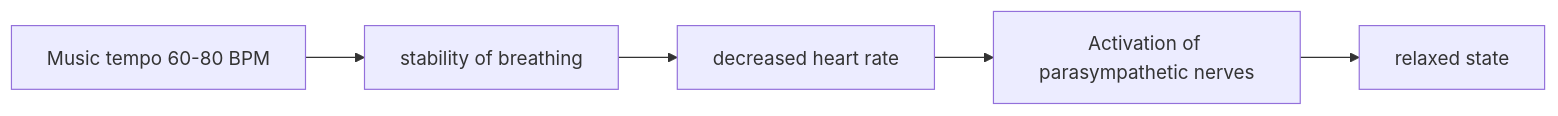
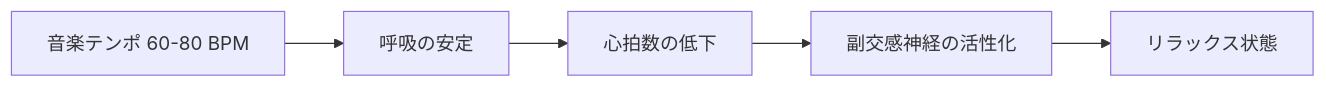
The fourth of 6 diagrams in en/_posts/2026-04-11-column-healing-music-history.md (monumental-movement/monumental-movement.github.io), drawn with Mermaid before and after one commit. The commit also changed other lines of this file and 2196 other files, not shown here.

```diff
--- a/en/_posts/2026-04-11-column-healing-music-history.md
+++ b/en/_posts/2026-04-11-column-healing-music-history.md
@@ -197,7 +197,7 @@
 <div class="mermaid">
 graph LR
-A[Music tempo 60-80 BPM] --> B[stability of breathing]
-B --> C[decreased heart rate]
-C --> D[Activation of parasympathetic nerves]
-D --> E[relaxed state]
+A[音楽テンポ 60-80 BPM] --> B[呼吸の安定]
+B --> C[心拍数の低下]
+C --> D[副交感神経の活性化]
+D --> E[リラックス状態]
 </div>
```
